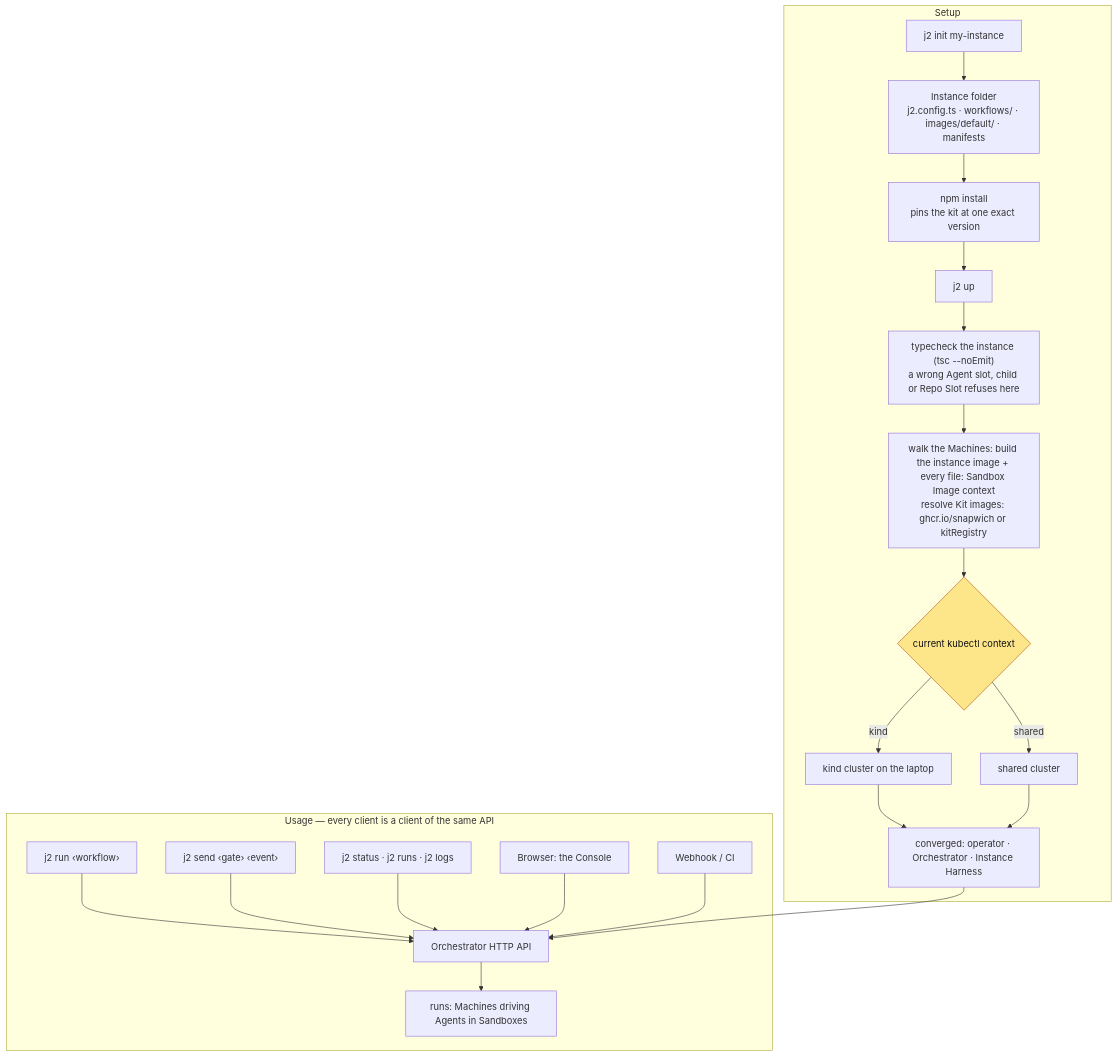
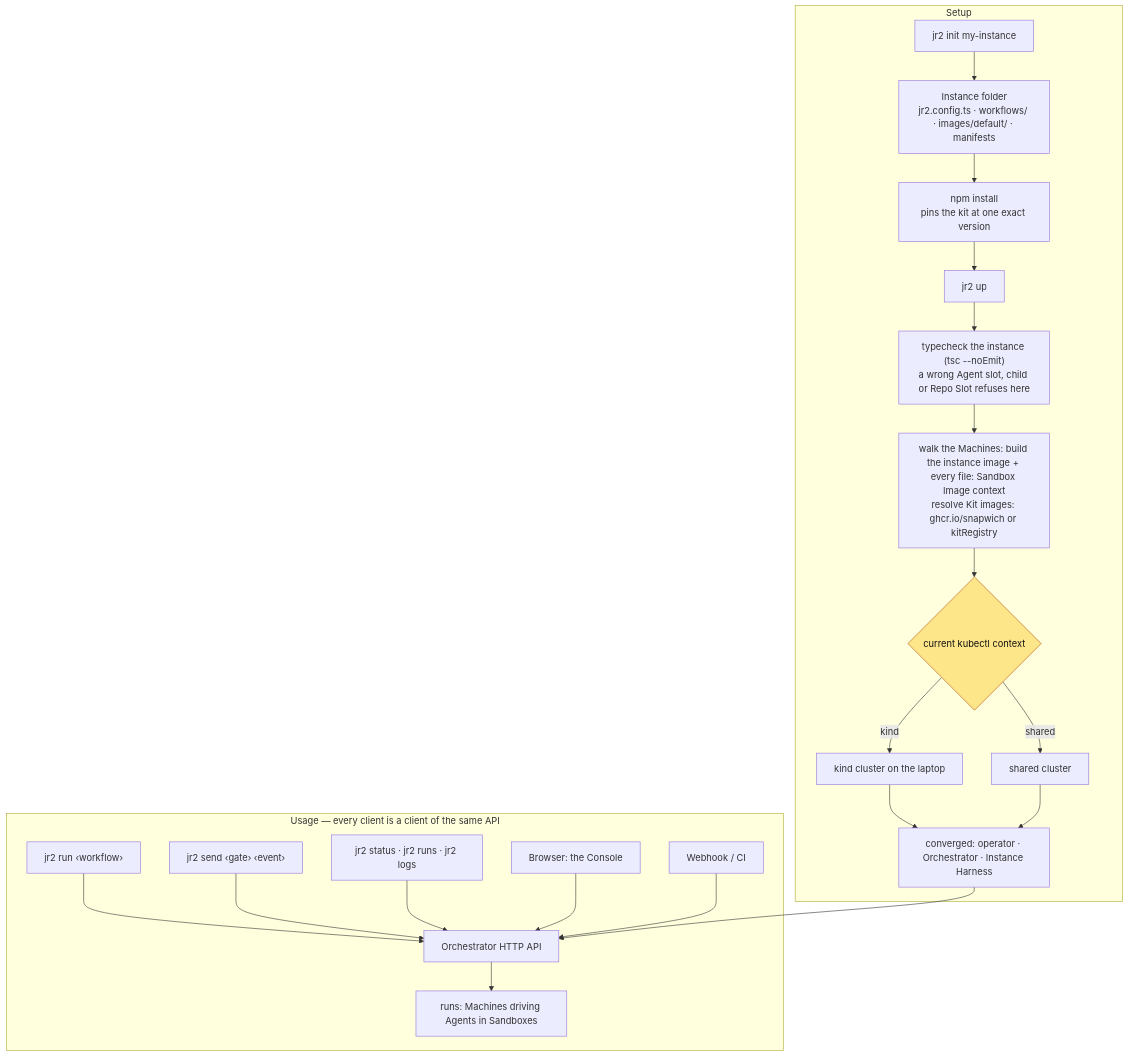
Before and after one commit to snapwich/jr2: the third of 4 diagrams in docs/architecture.md, drawn with Mermaid. The commit also changed other lines of this file and 313 other files, not shown here.

````diff
--- a/docs/architecture.md
+++ b/docs/architecture.md
@@ -182,29 +182,29 @@
 ```mermaid
 flowchart TB
   subgraph setup["Setup"]
-    init["j2 init my-instance"] --> folder["Instance folder<br/>j2.config.ts · workflows/ · images/default/ · manifests"]
+    init["jr2 init my-instance"] --> folder["Instance folder<br/>jr2.config.ts · workflows/ · images/default/ · manifests"]
     folder --> install["npm install<br/>pins the kit at one exact version"]
-    install --> up["j2 up"]
+    install --> up["jr2 up"]
     up --> tsc["typecheck the instance (tsc --noEmit)<br/>a wrong Agent slot, child or Repo Slot refuses here"]
     tsc --> imgs["walk the Machines: build the instance image + every file: Sandbox Image context<br/>resolve Kit images: ghcr.io/snapwich or kitRegistry"]
     imgs --> ctx{"current kubectl context"}
     ctx -->|kind| kind["kind cluster on the laptop"]
     ctx -->|shared| shared["shared cluster"]
     kind --> conv["converged: operator · Orchestrator · Instance Harness"]
     shared --> conv
   end
 
   subgraph usage["Usage — every client is a client of the same API"]
-    run["j2 run ‹workflow›"] --> api["Orchestrator HTTP API"]
-    send["j2 send ‹gate› ‹event›"] --> api
-    status["j2 status · j2 runs · j2 logs"] --> api
+    run["jr2 run ‹workflow›"] --> api["Orchestrator HTTP API"]
+    send["jr2 send ‹gate› ‹event›"] --> api
+    status["jr2 status · jr2 runs · jr2 logs"] --> api
     console["Browser: the Console"] --> api
     hook["Webhook / CI"] --> api
     api --> runs["runs: Machines driving Agents in Sandboxes"]
   end
 
   conv --> api
 
   classDef fork fill:#fde68a,stroke:#b45309,color:#111
   class ctx fork
 ```
````
